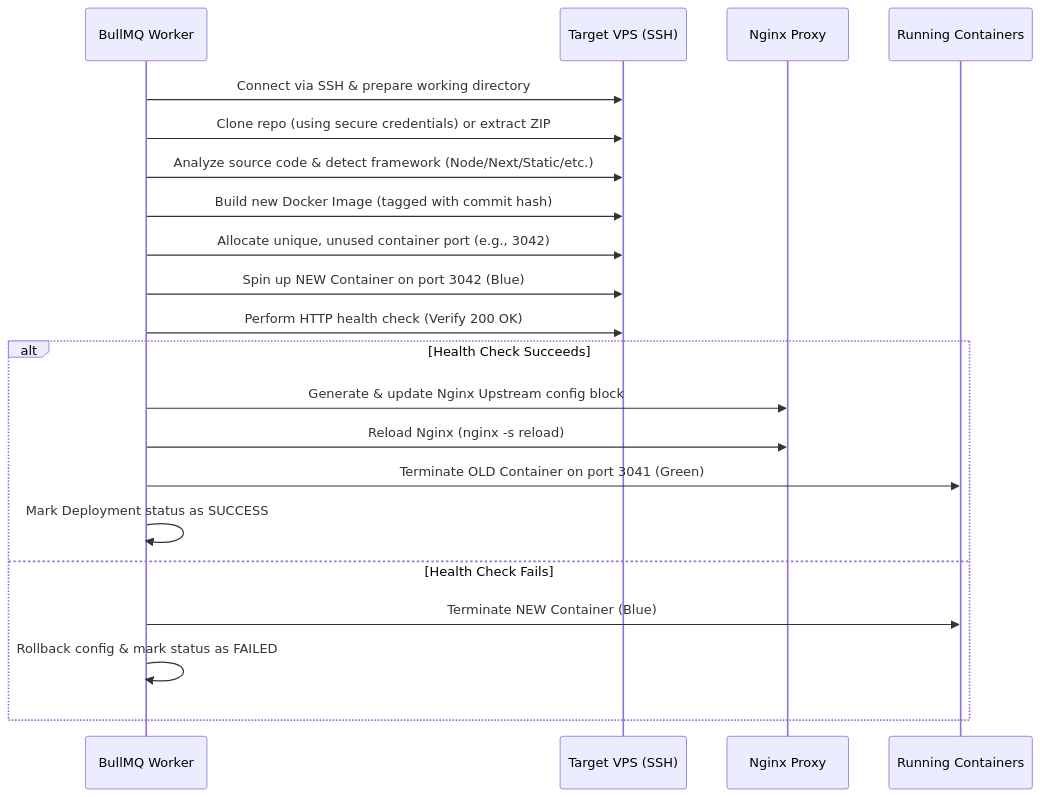
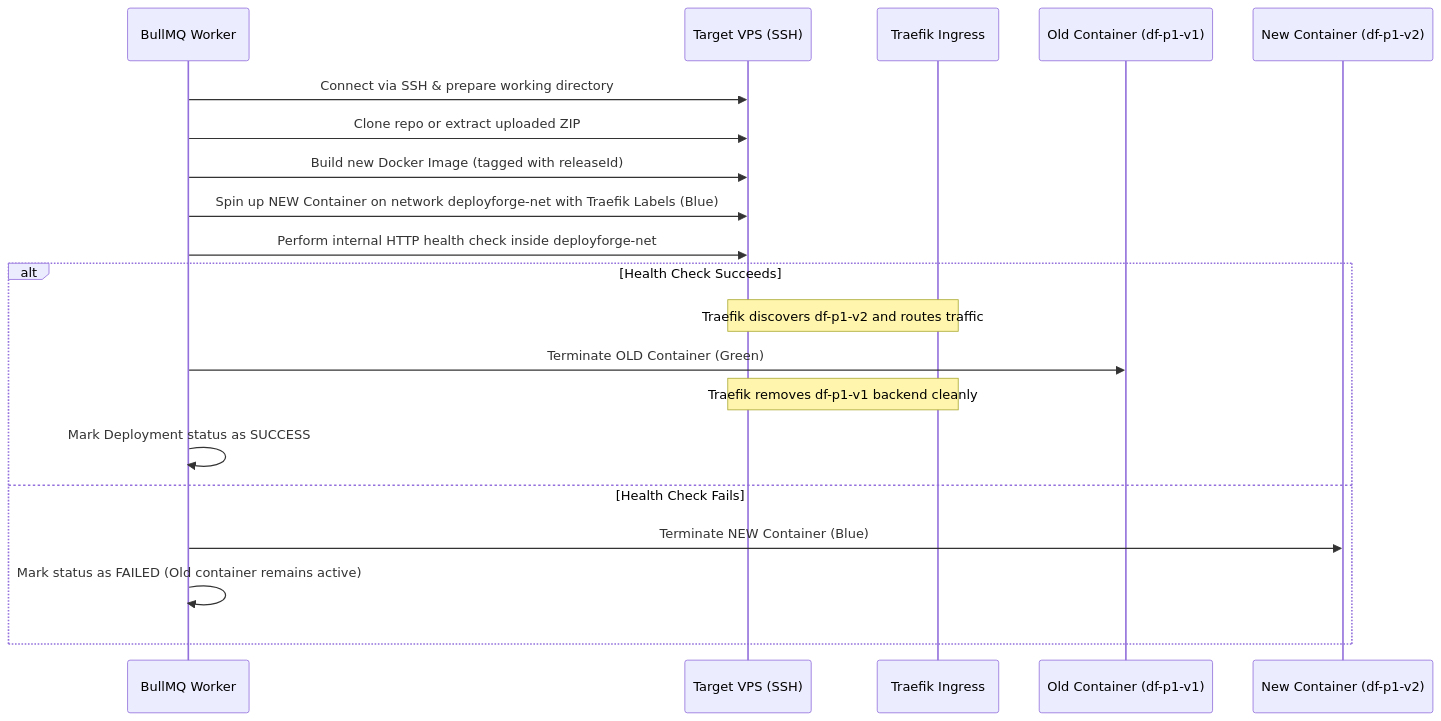
The second of 2 diagrams in docs/ARCHITECTURE.md (akramhossain-dev/DeployForge), drawn with Mermaid before and after one commit. The commit also changed other lines of this file and 24 other files, not shown here.

Commit message:
feat: implement Traefik v3.1 multi-tenant architecture & adaptive frontend UX

````diff
--- a/docs/ARCHITECTURE.md
+++ b/docs/ARCHITECTURE.md
@@ -82,25 +95,24 @@
 ```mermaid
 sequenceDiagram
     participant W as BullMQ Worker
     participant V as Target VPS (SSH)
-    participant N as Nginx Proxy
-    participant C as Running Containers
+    participant T as Traefik Ingress
+    participant C_OLD as Old Container (df-p1-v1)
+    participant C_NEW as New Container (df-p1-v2)
 
     W->>V: Connect via SSH & prepare working directory
-    W->>V: Clone repo (using secure credentials) or extract ZIP
-    W->>V: Analyze source code & detect framework (Node/Next/Static/etc.)
-    W->>V: Build new Docker Image (tagged with commit hash)
-    W->>V: Allocate unique, unused container port (e.g., 3042)
-    W->>V: Spin up NEW Container on port 3042 (Blue)
-    W->>V: Perform HTTP health check (Verify 200 OK)
-    
+    W->>V: Clone repo or extract uploaded ZIP
+    W->>V: Build new Docker Image (tagged with releaseId)
+    W->>V: Spin up NEW Container on network deployforge-net with Traefik Labels (Blue)
+    W->>V: Perform internal HTTP health check inside deployforge-net
+  
     alt Health Check Succeeds
-        W->>N: Generate & update Nginx Upstream config block
-        W->>N: Reload Nginx (nginx -s reload)
-        W->>C: Terminate OLD Container on port 3041 (Green)
+        Note over V,T: Traefik discovers df-p1-v2 and routes traffic
+        W->>C_OLD: Terminate OLD Container (Green)
+        Note over V,T: Traefik removes df-p1-v1 backend cleanly
         W->>W: Mark Deployment status as SUCCESS
     else Health Check Fails
-        W->>C: Terminate NEW Container (Blue)
-        W->>W: Rollback config & mark status as FAILED
+        W->>C_NEW: Terminate NEW Container (Blue)
+        W->>W: Mark status as FAILED (Old container remains active)
     end
 ```
````
